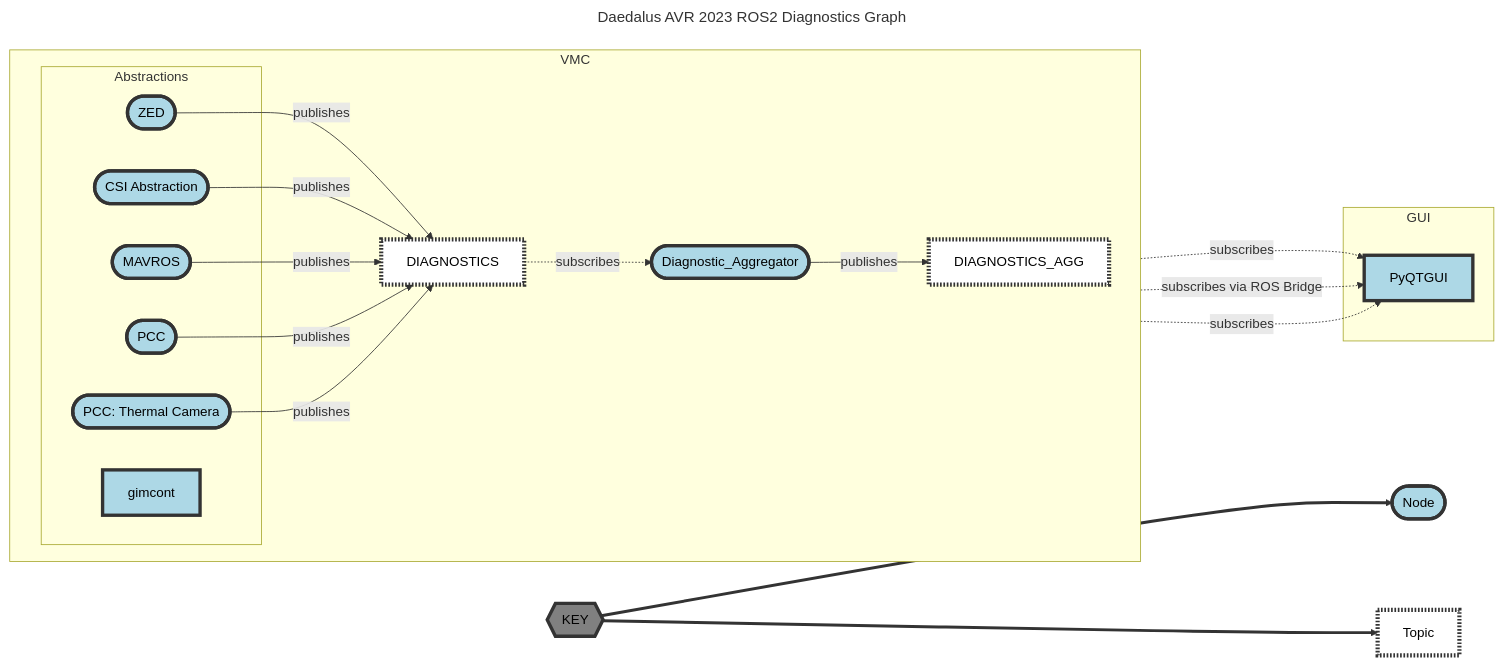
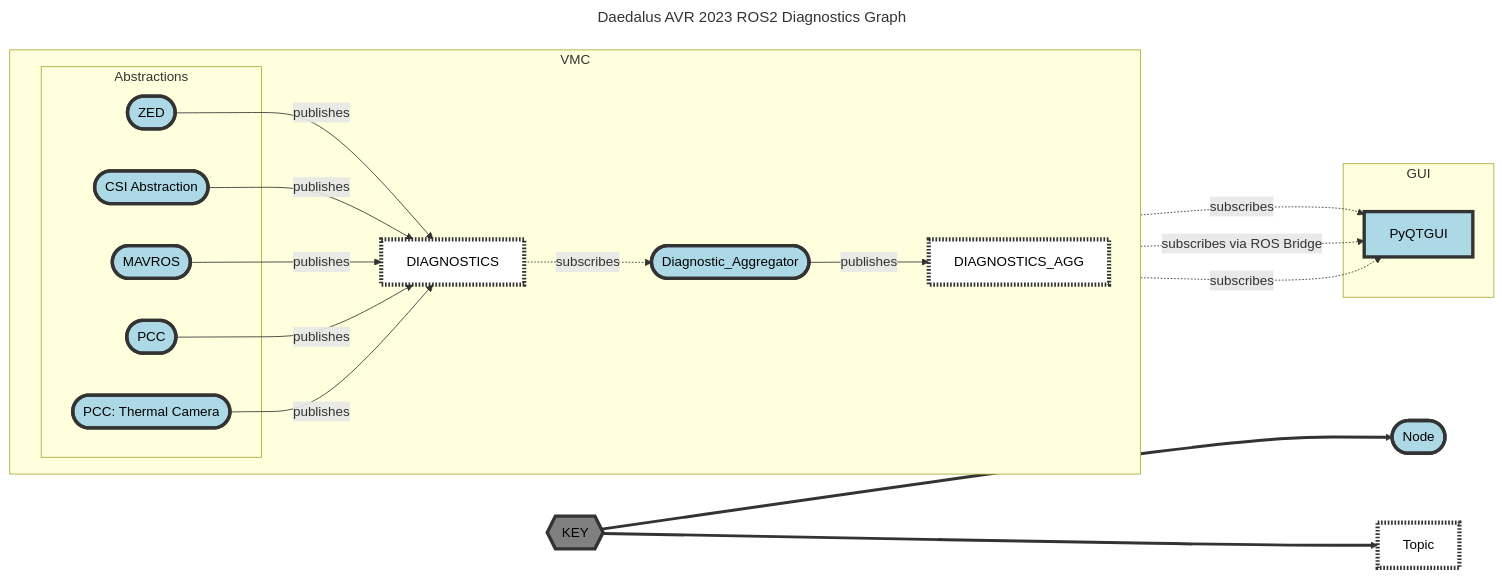
One commit to Daedalus-Robotics/avr_2023_documentation changed the diagram in README.md. Above: the diagram before and after it, drawn with Mermaid.

Commit message:
Update README.md
removed extra node

````diff
--- a/README.md
+++ b/README.md
@@ -1,47 +1,46 @@
 ```mermaid
 ---
 title: Daedalus AVR 2023 ROS2 Diagnostics Graph
 ---
 flowchart LR
     
     classDef node fill:lightBlue,color:black,stroke:#333,stroke-width:4px
     classDef topic fill:white,color:black,stroke:#333,stroke-width:5px, stroke-dasharray: 2 2
     classDef key fill:gray,color:black,stroke:#333,stroke-width:4px
     
 
     subgraph VMC
         direction LR
         diagnostics_topic[DIAGNOSTICS]:::topic
         diag_agg([Diagnostic_Aggregator])
         diag_agg_topic[DIAGNOSTICS_AGG]:::topic
         zed([ZED])
         
         subgraph Abstractions 
             zed
             CSI_abs
             Mavros
             PCC
-            gimcont
             themcam
         end
     end
 
     subgraph GUI 
         PyQTGUI
     end
 
     legend{{KEY}}:::key==>i1([Node]):::node
     legend==>i2[Topic]:::topic
     
     zed --publishes-->diagnostics_topic
     CSI_abs([CSI Abstraction]) --publishes-->diagnostics_topic
     Mavros([MAVROS]) --publishes-->diagnostics_topic
     PCC([PCC]) --publishes-->diagnostics_topic
     themcam([PCC: Thermal Camera]) --publishes-->diagnostics_topic
     diagnostics_topic -. subscribes .->diag_agg
     diag_agg --publishes-->diag_agg_topic
     diag_agg_topic -. subscribes .-> PyQTGUI
     diag_agg_topic -. subscribes via ROS Bridge .-> PyQTGUI
     diag_agg_topic -. subscribes .-> PyQTGUI 
 
 ```
````
